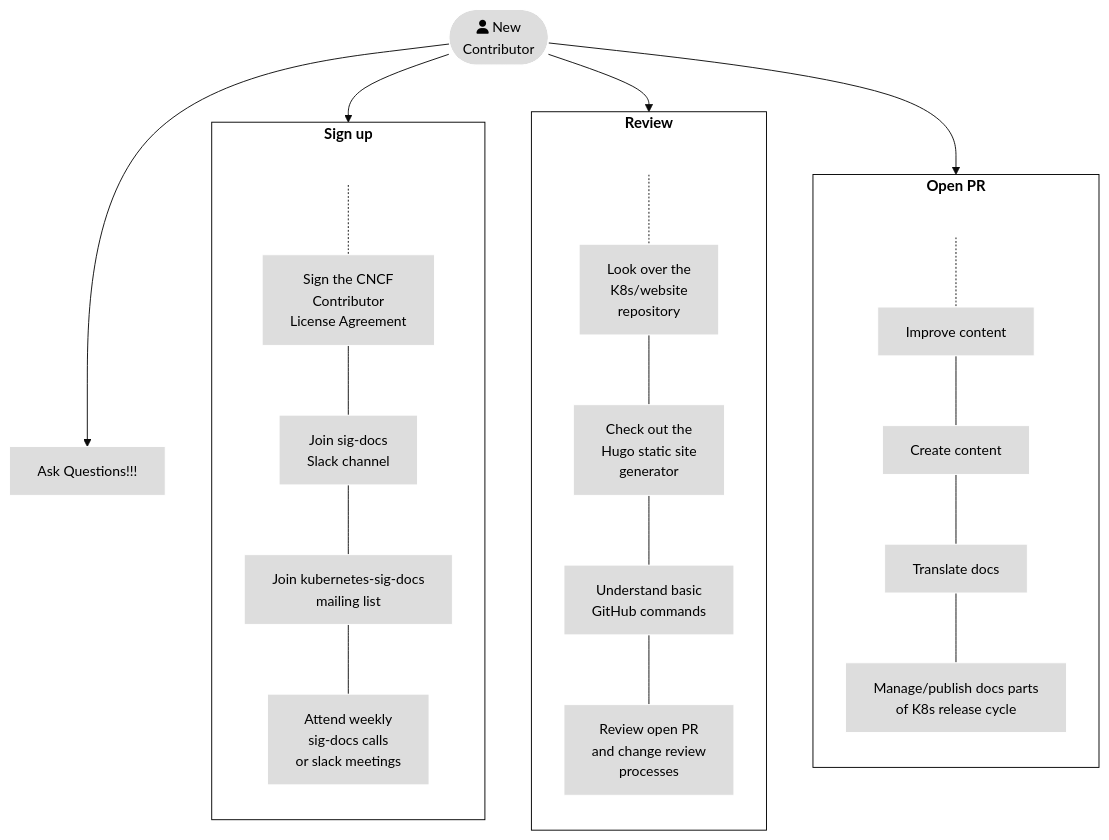
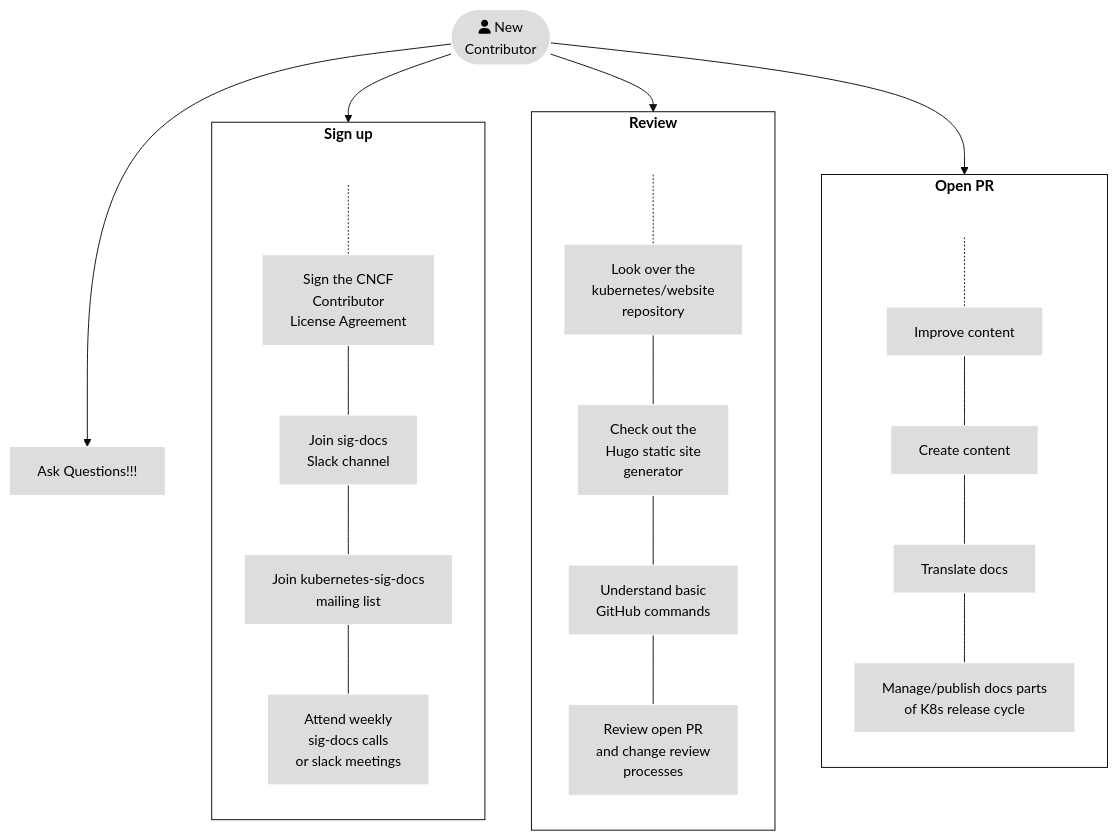
One commit to KimSJ15/kubernetes_website changed the first of 2 diagrams in content/en/docs/contribute/_index.md. Above: the diagram before and after it, drawn with Mermaid (base theme). The commit also changed other lines of this file and 4 other files, not shown here.

```diff
--- a/content/en/docs/contribute/_index.md
+++ b/content/en/docs/contribute/_index.md
@@ -65,40 +65,40 @@
 {{< mermaid >}}
 flowchart TB
 subgraph third[Open PR]
 direction TB
 U[ ] -.-
 Q[Improve content] --- N[Create content]
 N --- O[Translate docs]
 O --- P[Manage/publish docs parts<br>of K8s release cycle]
 
 end
 
 subgraph second[Review]
 direction TB
    T[ ] -.-
-   D[Look over the<br>K8s/website<br>repository] --- E[Check out the<br>Hugo static site<br>generator]
+   D[Look over the<br>kubernetes/website<br>repository] --- E[Check out the<br>Hugo static site<br>generator]
    E --- F[Understand basic<br>GitHub commands]
    F --- G[Review open PR<br>and change review <br>processes]
 end
 
 subgraph first[Sign up]
     direction TB
     S[ ] -.-
     B[Sign the CNCF<br>Contributor<br>License Agreement] --- C[Join sig-docs<br>Slack channel] 
     C --- V[Join kubernetes-sig-docs<br>mailing list]
     V --- M[Attend weekly<br>sig-docs calls<br>or slack meetings]
 end
 
 A([fa:fa-user New<br>Contributor]) --> first
 A --> second
 A --> third
 A --> H[Ask Questions!!!]
 
 
 classDef grey fill:#dddddd,stroke:#ffffff,stroke-width:px,color:#000000, font-size:15px;
 classDef white fill:#ffffff,stroke:#000,stroke-width:px,color:#000,font-weight:bold
 classDef spacewhite fill:#ffffff,stroke:#fff,stroke-width:0px,color:#000
 class A,B,C,D,E,F,G,H,M,Q,N,O,P,V grey
 class S,T,U spacewhite
 class first,second,third white
 {{</ mermaid >}}
```
